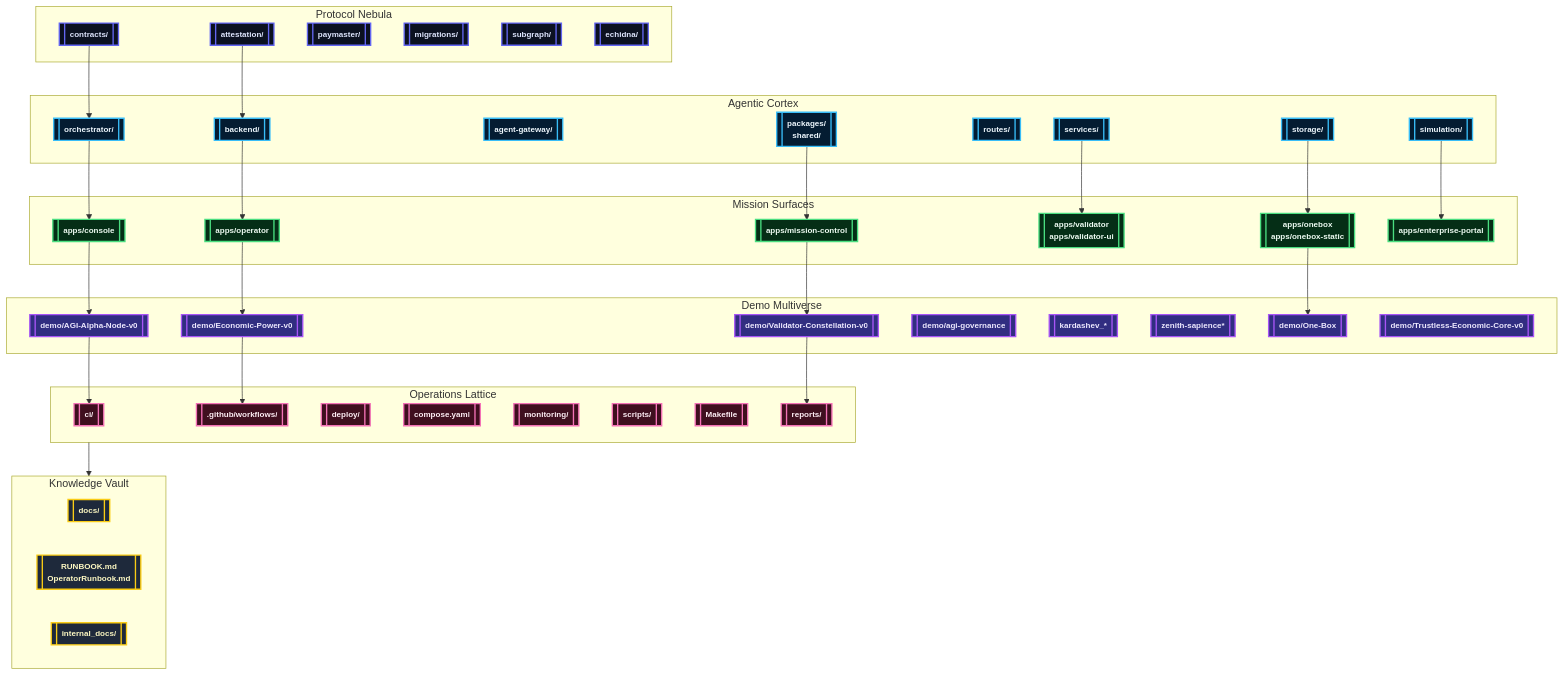
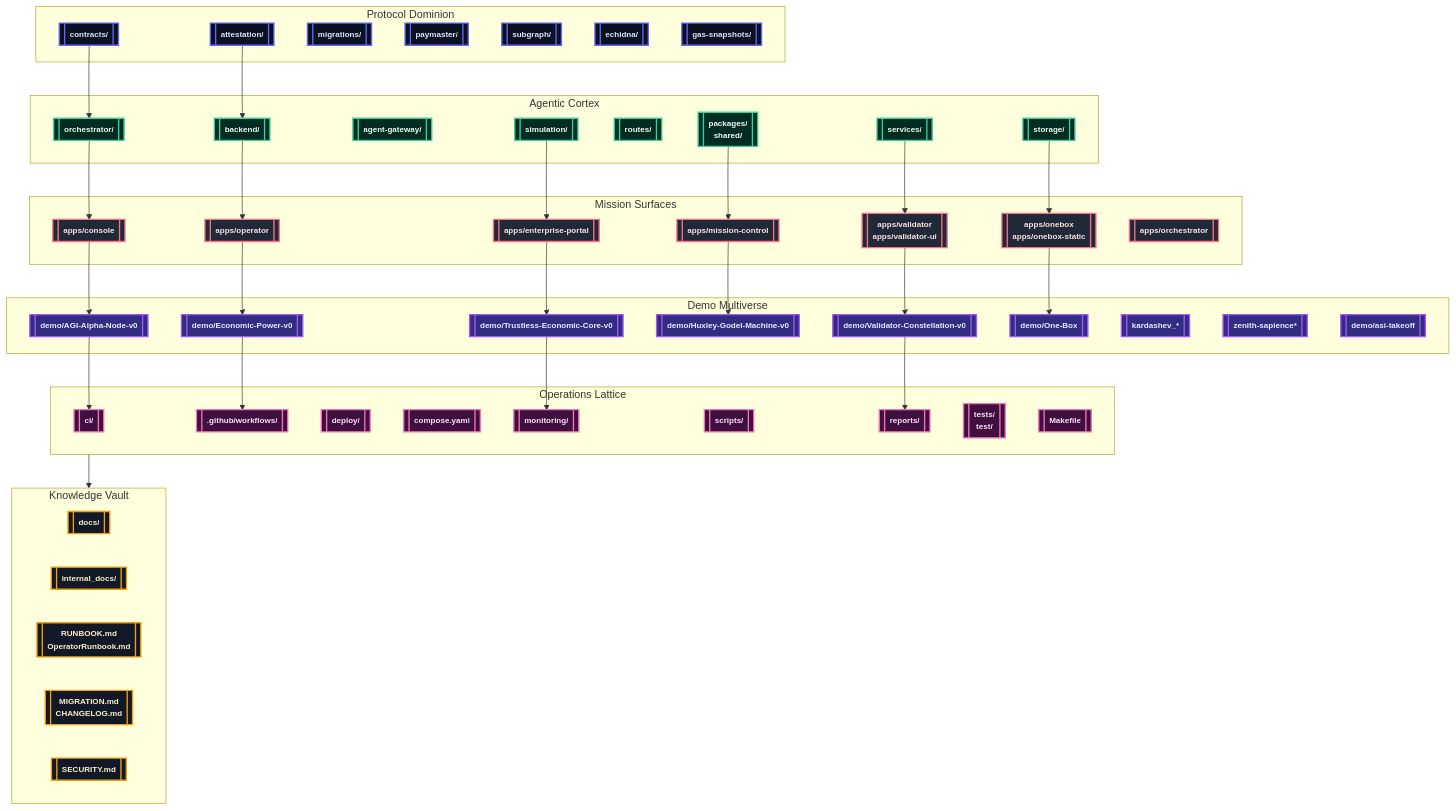
The diagram in README.md (MontrealAI/AGIJobsv0), drawn with Mermaid before and after one commit. The commit also changed other lines of this file, not shown here.

Commit message:
docs: refresh readme with demo-first overview

````diff
--- a/README.md
+++ b/README.md
@@ -54,51 +43,54 @@
 ```mermaid
-%% Grand architecture of the sovereign intelligence lattice
+%% Celestial map of the sovereign intelligence lattice
 flowchart TD
-    classDef protocol fill:#0b1120,stroke:#6366f1,color:#e0e7ff,font-size:12px,font-weight:bold,stroke-width:2px;
-    classDef cortex fill:#041c32,stroke:#38bdf8,color:#f0f9ff,font-size:12px,font-weight:bold,stroke-width:2px;
-    classDef surfaces fill:#052e16,stroke:#4ade80,color:#f0fdf4,font-size:12px,font-weight:bold,stroke-width:2px;
-    classDef demos fill:#312e81,stroke:#a855f7,color:#ede9fe,font-size:12px,font-weight:bold,stroke-width:2px;
-    classDef ops fill:#3f0f1f,stroke:#f472b6,color:#fff0f6,font-size:12px,font-weight:bold,stroke-width:2px;
-    classDef intel fill:#1e293b,stroke:#facc15,color:#fef9c3,font-size:12px,font-weight:bold,stroke-width:2px;
+    classDef protocol fill:#0b1120,stroke:#6366f1,color:#dbeafe,font-size:12px,font-weight:bold,stroke-width:2px;
+    classDef cortex fill:#022c22,stroke:#34d399,color:#f0fdf4,font-size:12px,font-weight:bold,stroke-width:2px;
+    classDef surface fill:#1f2937,stroke:#fb7185,color:#fee2e2,font-size:12px,font-weight:bold,stroke-width:2px;
+    classDef demo fill:#312e81,stroke:#a855f7,color:#ede9fe,font-size:12px,font-weight:bold,stroke-width:2px;
+    classDef ops fill:#3f0f3f,stroke:#f472b6,color:#ffe4f7,font-size:12px,font-weight:bold,stroke-width:2px;
+    classDef knowledge fill:#111827,stroke:#f59e0b,color:#fef3c7,font-size:12px,font-weight:bold,stroke-width:2px;
 
-    subgraph P[Protocol Nebula]
+    subgraph P[Protocol Dominion]
         contracts[[contracts/]]:::protocol
         attestation[[attestation/]]:::protocol
+        migrations[[migrations/]]:::protocol
         paymaster[[paymaster/]]:::protocol
-        migrations[[migrations/]]:::protocol
         subgraphsvc[[subgraph/]]:::protocol
         echidna[[echidna/]]:::protocol
+        gas[[gas-snapshots/]]:::protocol
     end
 
     subgraph C[Agentic Cortex]
         orchestrator[[orchestrator/]]:::cortex
         backend[[backend/]]:::cortex
-        agentgw[[agent-gateway/]]:::cortex
+        gateway[[agent-gateway/]]:::cortex
         services[[services/]]:::cortex
-        routesHub[[routes/]]:::cortex
-        packagesHub[[packages/\nshared/]]:::cortex
-        storageHub[[storage/]]:::cortex
-        simulationHub[[simulation/]]:::cortex
+        routes[[routes/]]:::cortex
+        packages[[packages/\nshared/]]:::cortex
+        storage[[storage/]]:::cortex
+        simulation[[simulation/]]:::cortex
     end
 
     subgraph S[Mission Surfaces]
-        console[[apps/console]]:::surfaces
-        operator[[apps/operator]]:::surfaces
-        mission[[apps/mission-control]]:::surfaces
-        validator[[apps/validator\napps/validator-ui]]:::surfaces
-        onebox[[apps/onebox\napps/onebox-static]]:::surfaces
-        enterprise[[apps/enterprise-portal]]:::surfaces
+        console[[apps/console]]:::surface
+        operator[[apps/operator]]:::surface
+        mission[[apps/mission-control]]:::surface
+        validator[[apps/validator\napps/validator-ui]]:::surface
+        onebox[[apps/onebox\napps/onebox-static]]:::surface
+        enterprise[[apps/enterprise-portal]]:::surface
+        orchestratorApp[[apps/orchestrator]]:::surface
     end
 
     subgraph D[Demo Multiverse]
-        flagship[[demo/AGI-Alpha-Node-v0]]:::demos
-        econ[[demo/Economic-Power-v0]]:::demos
-        validatorDemo[[demo/Validator-Constellation-v0]]:::demos
-        governance[[demo/agi-governance]]:::demos
-        kardashev[[kardashev_*]]:::demos
-        zenith[[zenith-sapience*]]:::demos
-        oneboxDemo[[demo/One-Box]]:::demos
-        trustless[[demo/Trustless-Economic-Core-v0]]:::demos
+        alphaNode[[demo/AGI-Alpha-Node-v0]]:::demo
+        econPower[[demo/Economic-Power-v0]]:::demo
+        validatorDemo[[demo/Validator-Constellation-v0]]:::demo
+        hgm[[demo/Huxley-Godel-Machine-v0]]:::demo
+        trustless[[demo/Trustless-Economic-Core-v0]]:::demo
+        oneboxDemo[[demo/One-Box]]:::demo
+        kardashev[[kardashev_*]]:::demo
+        zenith[[zenith-sapience*]]:::demo
+        asi[[demo/asi-takeoff]]:::demo
     end
 
     subgraph O[Operations Lattice]
@@ -108,28 +100,28 @@
         compose[[compose.yaml]]:::ops
         monitoring[[monitoring/]]:::ops
         scriptsNode[[scripts/]]:::ops
+        reports[[reports/]]:::ops
+        tests[[tests/\ntest/]]:::ops
         makefile[[Makefile]]:::ops
-        reports[[reports/]]:::ops
     end
 
     subgraph K[Knowledge Vault]
-        docs[[docs/]]:::intel
-        runbooks[[RUNBOOK.md\nOperatorRunbook.md]]:::intel
-        internal[[internal_docs/]]:::intel
+        docs[[docs/]]:::knowledge
+        internal[[internal_docs/]]:::knowledge
+        runbooks[[RUNBOOK.md\nOperatorRunbook.md]]:::knowledge
+        migrationsBook[[MIGRATION.md\nCHANGELOG.md]]:::knowledge
+        security[[SECURITY.md]]:::knowledge
     end
 
-    contracts --> orchestrator --> console
-    attestation --> backend --> operator
-    packagesHub --> mission
-    services --> validator
-    storageHub --> onebox
-    simulationHub --> enterprise
-    console --> flagship
-    operator --> econ
-    mission --> validatorDemo
-    onebox --> oneboxDemo
-    flagship --> ci
-    econ --> workflows
+    contracts --> orchestrator --> console --> alphaNode
+    attestation --> backend --> operator --> econPower
+    services --> validator --> validatorDemo
+    packages --> mission --> hgm
+    storage --> onebox --> oneboxDemo
+    simulation --> enterprise --> trustless
+    alphaNode --> ci
+    econPower --> workflows
     validatorDemo --> reports
+    trustless --> monitoring
     O --> K
 ```
````
